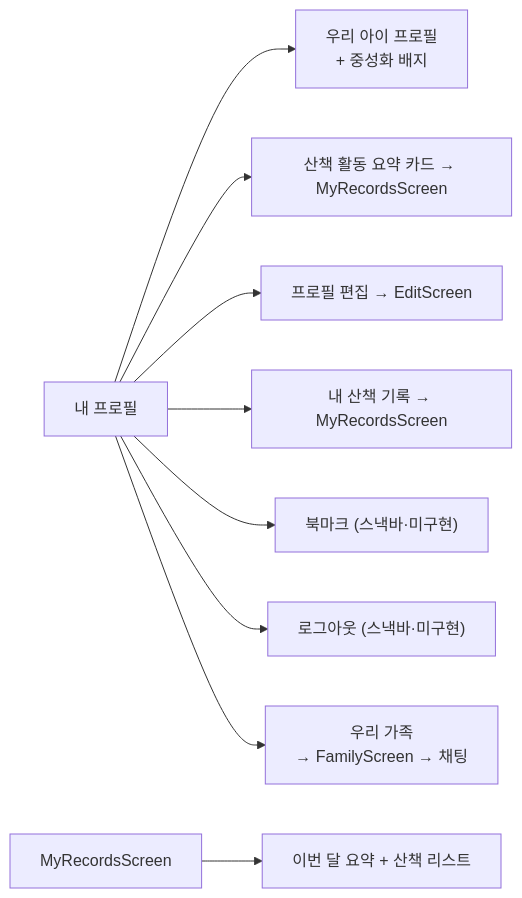
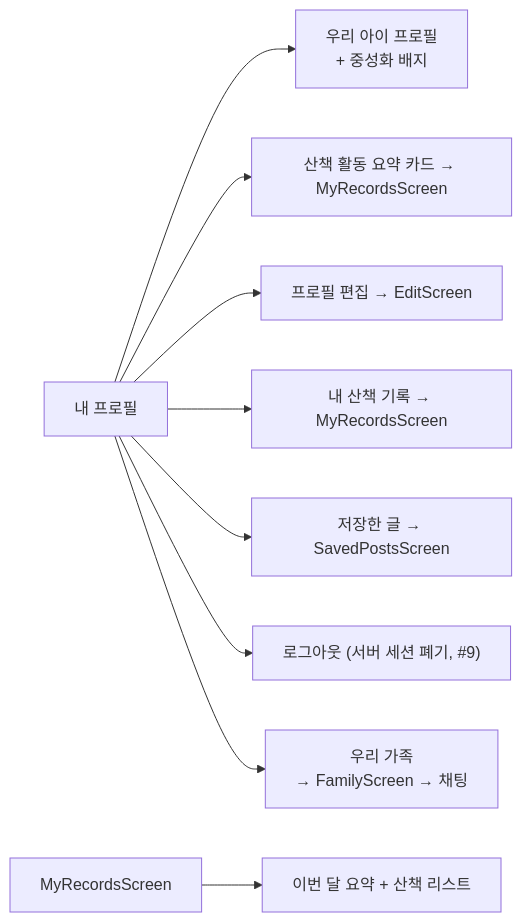
Before and after one commit to sanghyunbang/pawloop: the eighth of 8 diagrams in docs/01-design/information-architecture.md, drawn with Mermaid. The commit also changed other lines of this file and 10 other files, not shown here.

````diff
--- a/docs/01-design/information-architecture.md
+++ b/docs/01-design/information-architecture.md
@@ -187,11 +187,11 @@
 ```mermaid
 graph LR
     Me["내 프로필"] --> D["우리 아이 프로필<br/>+ 중성화 배지"]
     Me --> St["산책 활동 요약 카드 → MyRecordsScreen"]
     Me --> M1["프로필 편집 → EditScreen"]
     Me --> M2["내 산책 기록 → MyRecordsScreen"]
-    Me --> M3["북마크 (스낵바·미구현)"]
-    Me --> M4["로그아웃 (스낵바·미구현)"]
+    Me --> M3["저장한 글 → SavedPostsScreen"]
+    Me --> M4["로그아웃 (서버 세션 폐기, #9)"]
     Me --> M5["우리 가족<br/>→ FamilyScreen → 채팅"]
     Records["MyRecordsScreen"] --> Rec1["이번 달 요약 + 산책 리스트"]
 ```
````
